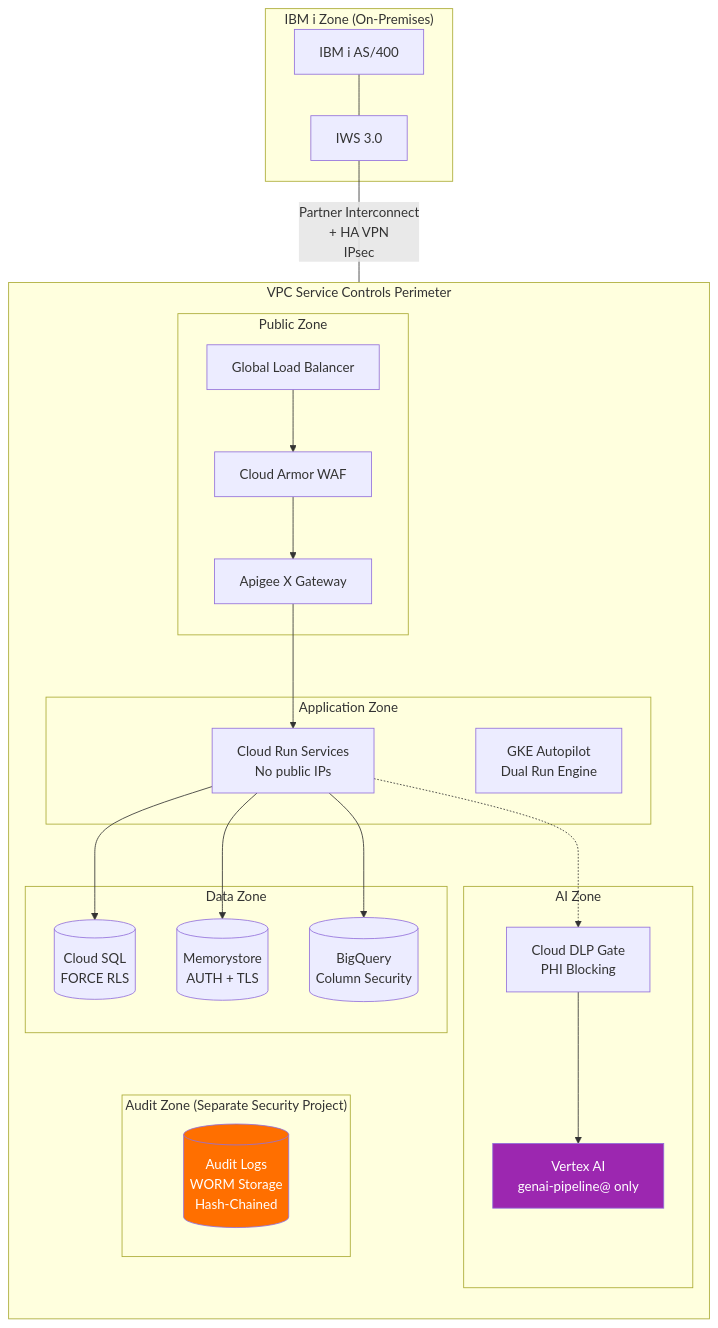
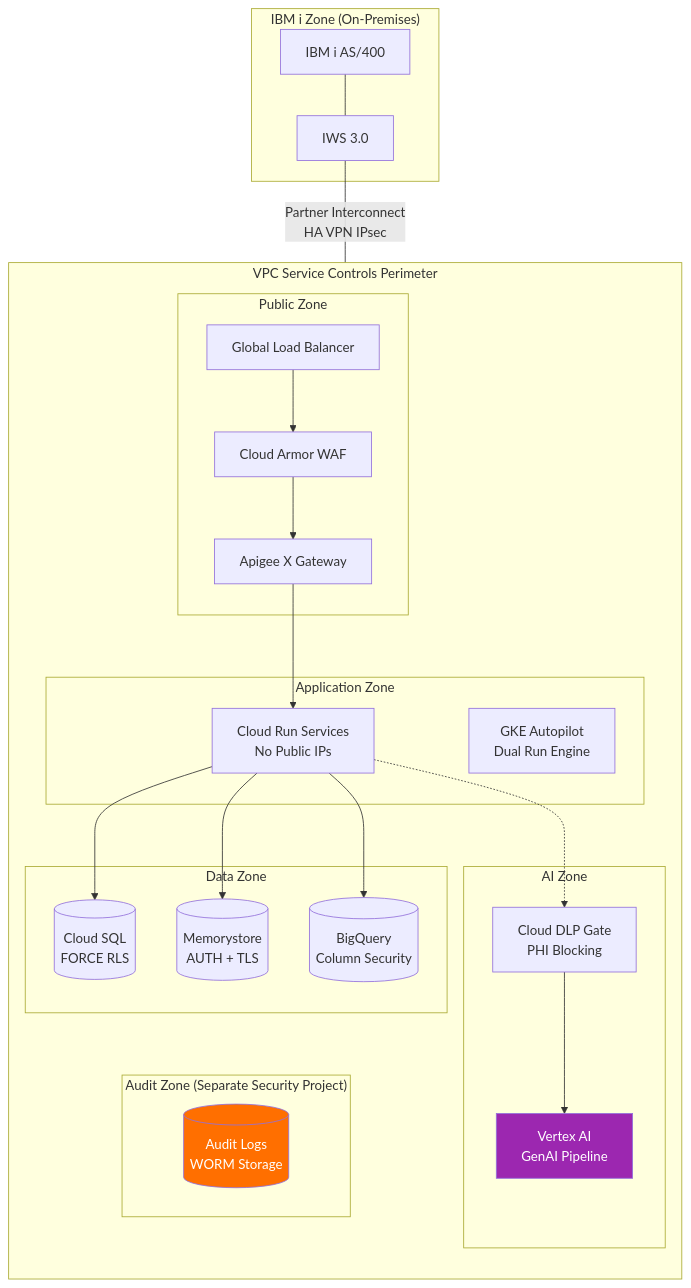
Before and after one commit to Modular-Earth-LLC/solutions-architecture-agent: the third of 5 diagrams in outputs/cvs-legacy-transformation/iam-strategy.md, drawn with Mermaid. The commit also changed other lines of this file and 5 other files, not shown here.

First line of the commit message:
fix(diagrams): apply Mermaid quality rules across all diagrams and generation code

````diff
--- a/outputs/cvs-legacy-transformation/iam-strategy.md
+++ b/outputs/cvs-legacy-transformation/iam-strategy.md
@@ -438,42 +443,44 @@
 ```mermaid
-graph TB
+flowchart TB
     subgraph "VPC Service Controls Perimeter"
         direction TB
         subgraph "Public Zone"
-            GLB[Global Load Balancer]
-            ARMOR[Cloud Armor WAF]
-            APG2[Apigee X Gateway]
+            GLB["Global Load Balancer"]
+            ARMOR["Cloud Armor WAF"]
+            APG2["Apigee X Gateway"]
         end
         subgraph "Application Zone"
-            CR[Cloud Run Services<br/>No public IPs]
-            GKE[GKE Autopilot<br/>Dual Run Engine]
+            CR_ZONE["Cloud Run Services<br/>No Public IPs"]
+            GKE_ZONE["GKE Autopilot<br/>Dual Run Engine"]
         end
         subgraph "Data Zone"
-            CSQL2[(Cloud SQL<br/>FORCE RLS)]
-            REDIS2[(Memorystore<br/>AUTH + TLS)]
-            BQ3[(BigQuery<br/>Column Security)]
+            CSQL2[("Cloud SQL<br/>FORCE RLS")]
+            REDIS2[("Memorystore<br/>AUTH + TLS")]
+            BQ3[("BigQuery<br/>Column Security")]
         end
         subgraph "AI Zone"
-            VAI2[Vertex AI<br/>genai-pipeline@ only]
-            DLP[Cloud DLP Gate<br/>PHI Blocking]
+            VAI2["Vertex AI<br/>GenAI Pipeline"]
+            DLP_GATE["Cloud DLP Gate<br/>PHI Blocking"]
         end
         subgraph "Audit Zone (Separate Security Project)"
-            AUDIT[(Audit Logs<br/>WORM Storage<br/>Hash-Chained)]
+            AUDIT[("Audit Logs<br/>WORM Storage")]
         end
     end
 
     subgraph "IBM i Zone (On-Premises)"
-        IBMI2[IBM i AS/400]
-        IWS2[IWS 3.0]
+        IBMI2["IBM i AS/400"]
+        IWS2["IWS 3.0"]
     end
 
     GLB --> ARMOR --> APG2
-    APG2 --> CR
-    CR --> CSQL2 & REDIS2 & BQ3
-    CR -.-> DLP --> VAI2
+    APG2 --> CR_ZONE
+    CR_ZONE --> CSQL2
+    CR_ZONE --> REDIS2
+    CR_ZONE --> BQ3
+    CR_ZONE -.-> DLP_GATE --> VAI2
     IBMI2 --- IWS2
-    IWS2 ---|Partner Interconnect<br/>+ HA VPN<br/>IPsec| APG2
+    IWS2 ---|"Partner Interconnect<br/>HA VPN IPsec"| APG2
 
     style AUDIT fill:#FF6F00,color:#fff
     style VAI2 fill:#9C27B0,color:#fff
 ```
````
